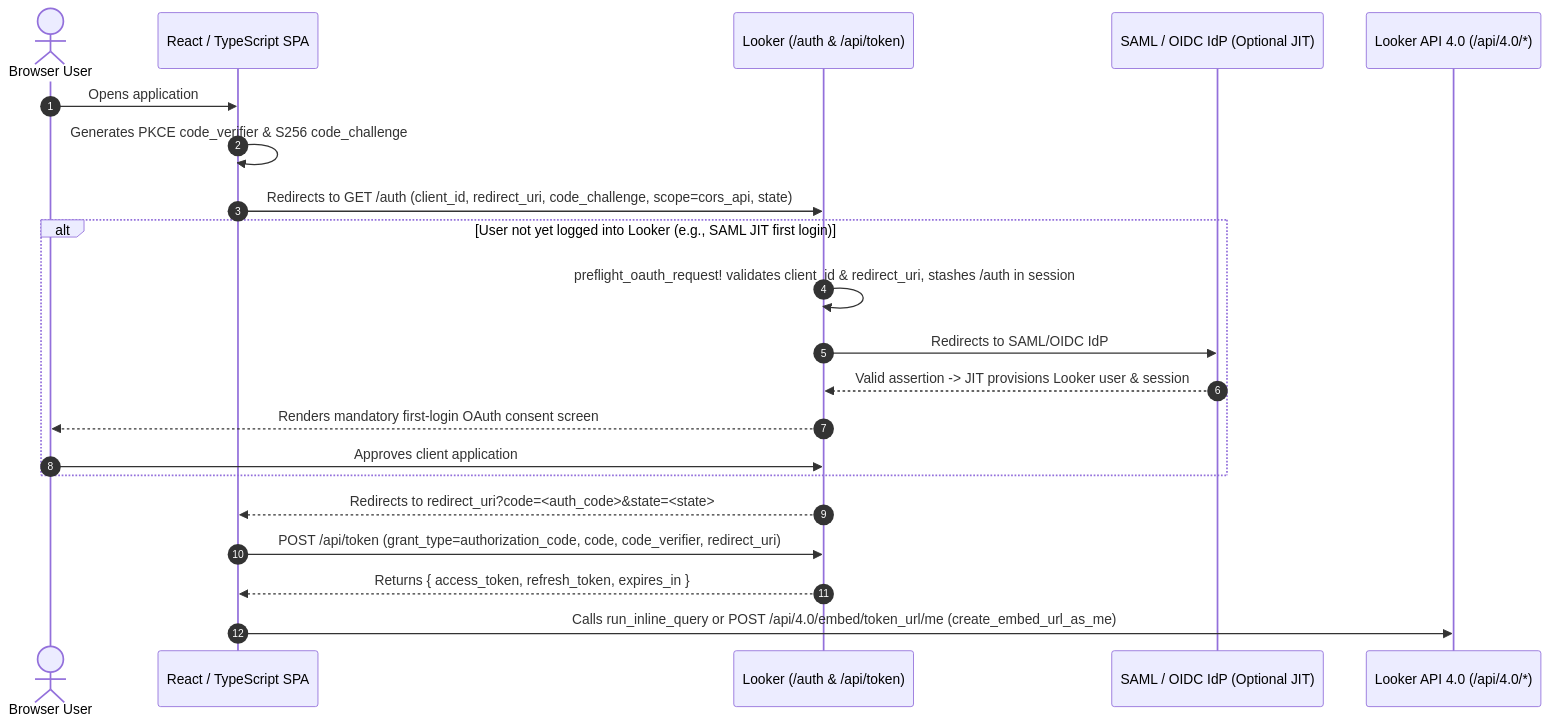
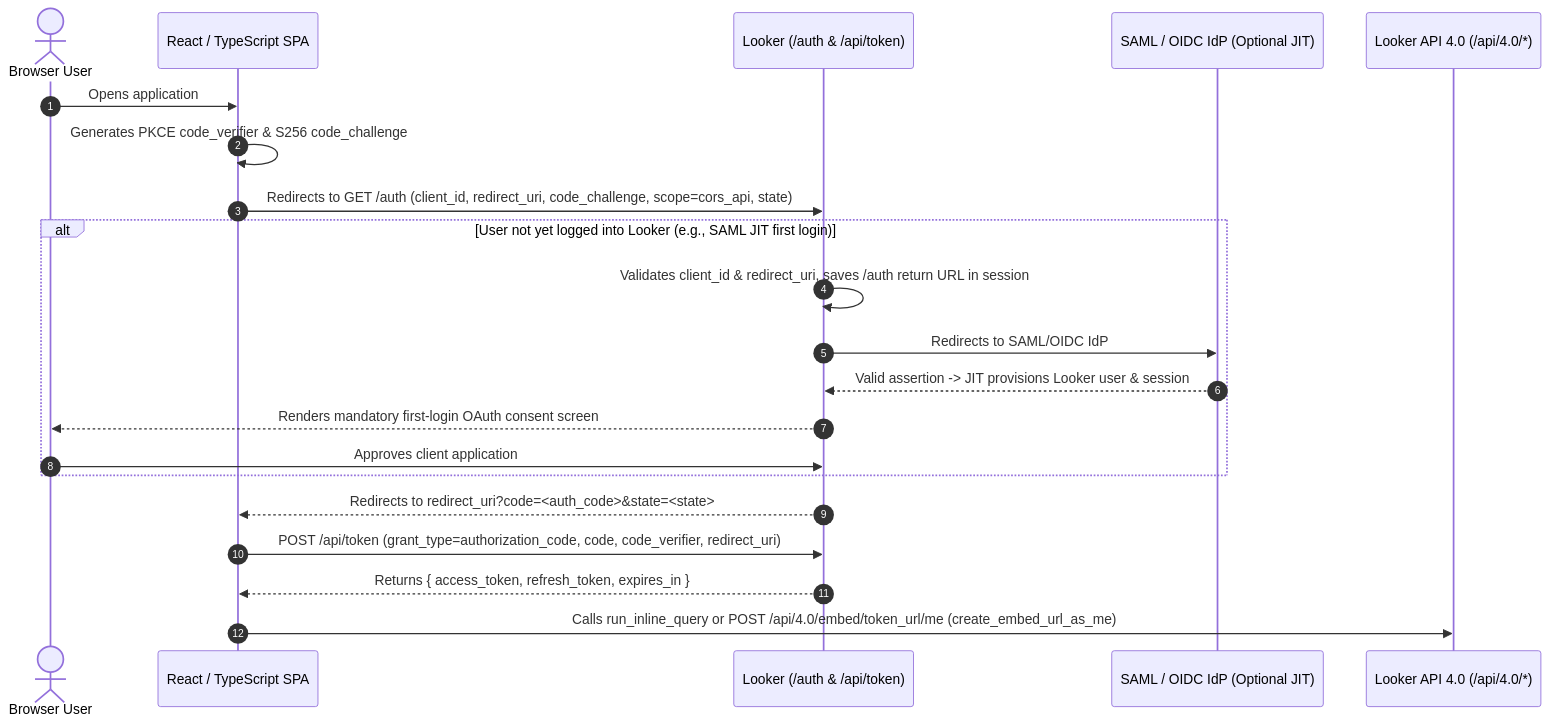
Before and after one commit to brettguenther/looker-embed-skills: the diagram in skills/cors-api/references/oauth_pkce_architecture.md, drawn with Mermaid. The commit also changed other lines of this file and 7 other files, not shown here.

````diff
--- a/skills/cors-api/references/oauth_pkce_architecture.md
+++ b/skills/cors-api/references/oauth_pkce_architecture.md
@@ -9,24 +9,24 @@
 ```mermaid
 sequenceDiagram
     autonumber
     actor User as Browser User
     participant SPA as React / TypeScript SPA
     participant LookerAuth as Looker (/auth & /api/token)
     participant IdP as SAML / OIDC IdP (Optional JIT)
     participant LookerAPI as Looker API 4.0 (/api/4.0/*)
 
     User->>SPA: Opens application
     SPA->>SPA: Generates PKCE code_verifier & S256 code_challenge
     SPA->>LookerAuth: Redirects to GET /auth (client_id, redirect_uri, code_challenge, scope=cors_api, state)
     alt User not yet logged into Looker (e.g., SAML JIT first login)
-        LookerAuth->>LookerAuth: preflight_oauth_request! validates client_id & redirect_uri, stashes /auth in session
+        LookerAuth->>LookerAuth: Validates client_id & redirect_uri, saves /auth return URL in session
         LookerAuth->>IdP: Redirects to SAML/OIDC IdP
         IdP-->>LookerAuth: Valid assertion -> JIT provisions Looker user & session
         LookerAuth-->>User: Renders mandatory first-login OAuth consent screen
         User->>LookerAuth: Approves client application
     end
     LookerAuth-->>SPA: Redirects to redirect_uri?code=<auth_code>&state=<state>
     SPA->>LookerAuth: POST /api/token (grant_type=authorization_code, code, code_verifier, redirect_uri)
     LookerAuth-->>SPA: Returns { access_token, refresh_token, expires_in }
     SPA->>LookerAPI: Calls run_inline_query or POST /api/4.0/embed/token_url/me (create_embed_url_as_me)
 ```
````
